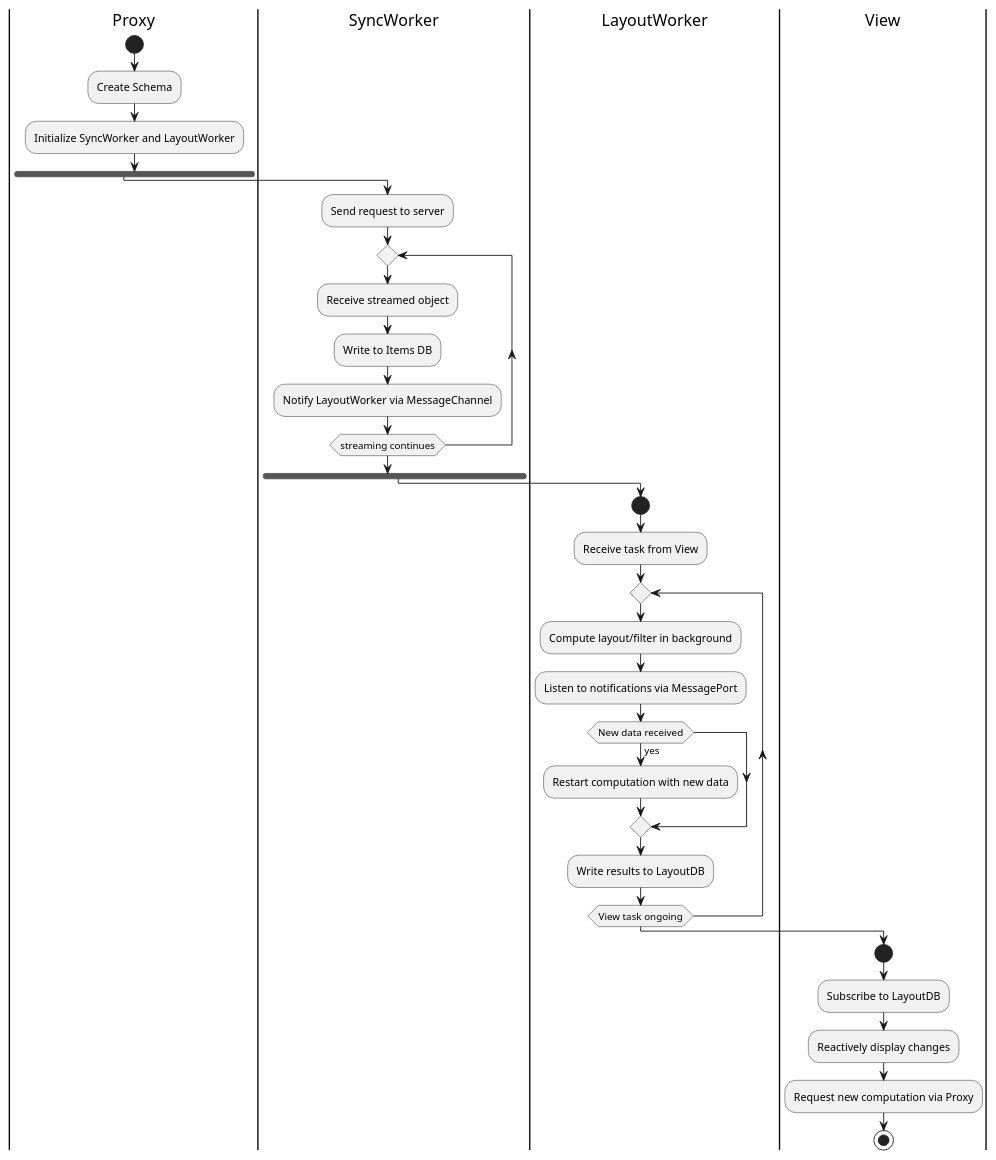
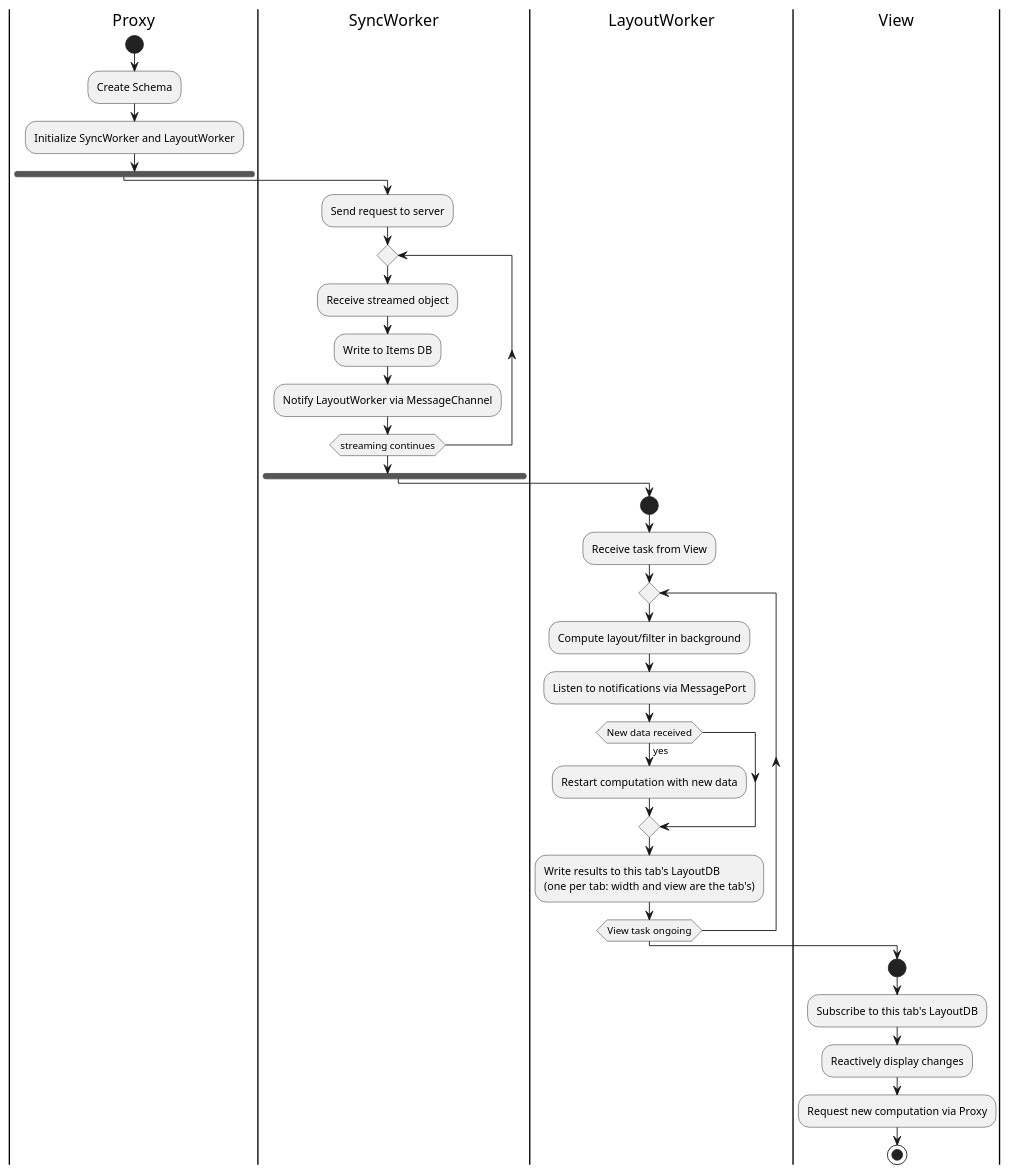
One commit to eggs-gd/Perceptrail changed the diagram in _sb/puml/Workers.puml. Above: the diagram before and after it, drawn with PlantUML. The commit also changed 9 other files, not shown here.

First line of the commit message:
layout: one database per tab; the views' kept orders move to itemsDb

```diff
--- a/_sb/puml/Workers.puml
+++ b/_sb/puml/Workers.puml
@@ -1,34 +1,35 @@
 @startuml
 |Proxy|
 start
 :Create Schema;
 :Initialize SyncWorker and LayoutWorker;
 fork
   |SyncWorker|
   :Send request to server;
   repeat
     :Receive streamed object;
     :Write to Items DB;
     :Notify LayoutWorker via MessageChannel;
   repeat while (streaming continues)
 end fork
 
 |LayoutWorker|
 start
 :Receive task from View;
 repeat
   :Compute layout/filter in background;
   :Listen to notifications via MessagePort;
   if (New data received) then (yes)
     :Restart computation with new data;
   endif
-  :Write results to LayoutDB;
+  :Write results to this tab's LayoutDB
+(one per tab: width and view are the tab's);
 repeat while (View task ongoing)
 
 |View|
 start
-:Subscribe to LayoutDB;
+:Subscribe to this tab's LayoutDB;
 :Reactively display changes;
 :Request new computation via Proxy;
 stop
 @enduml
```
